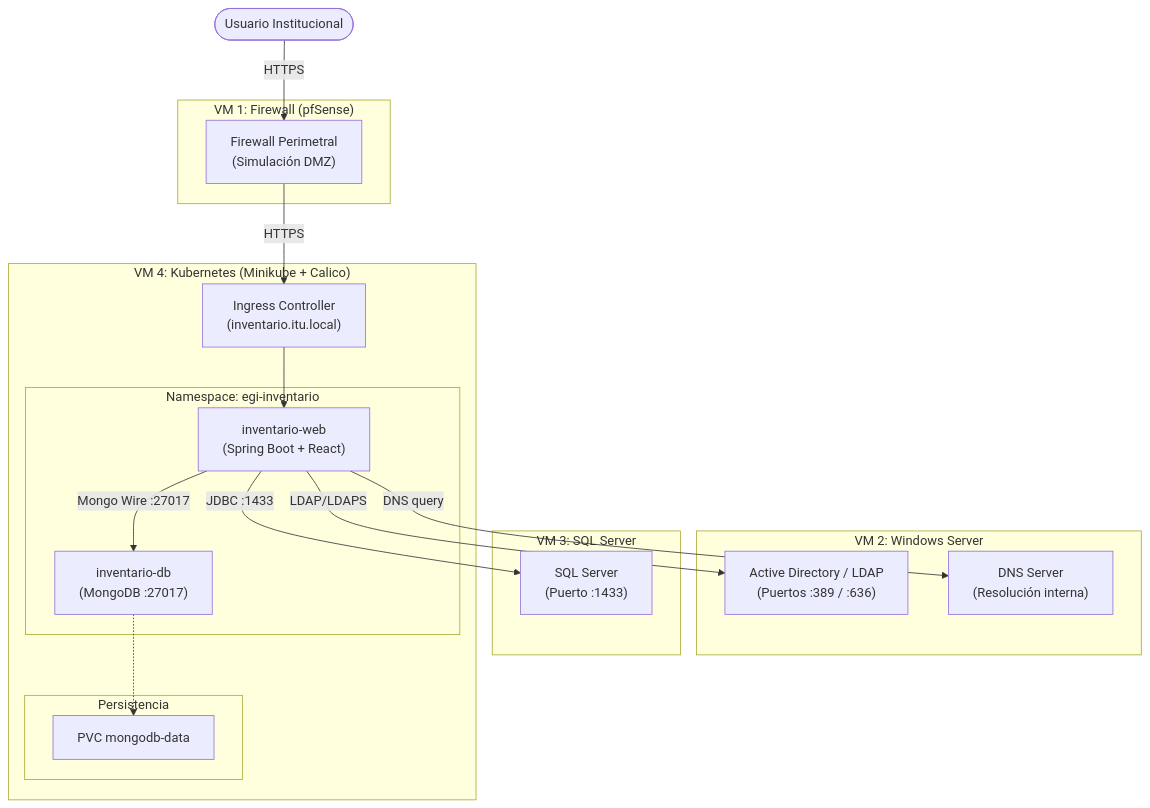
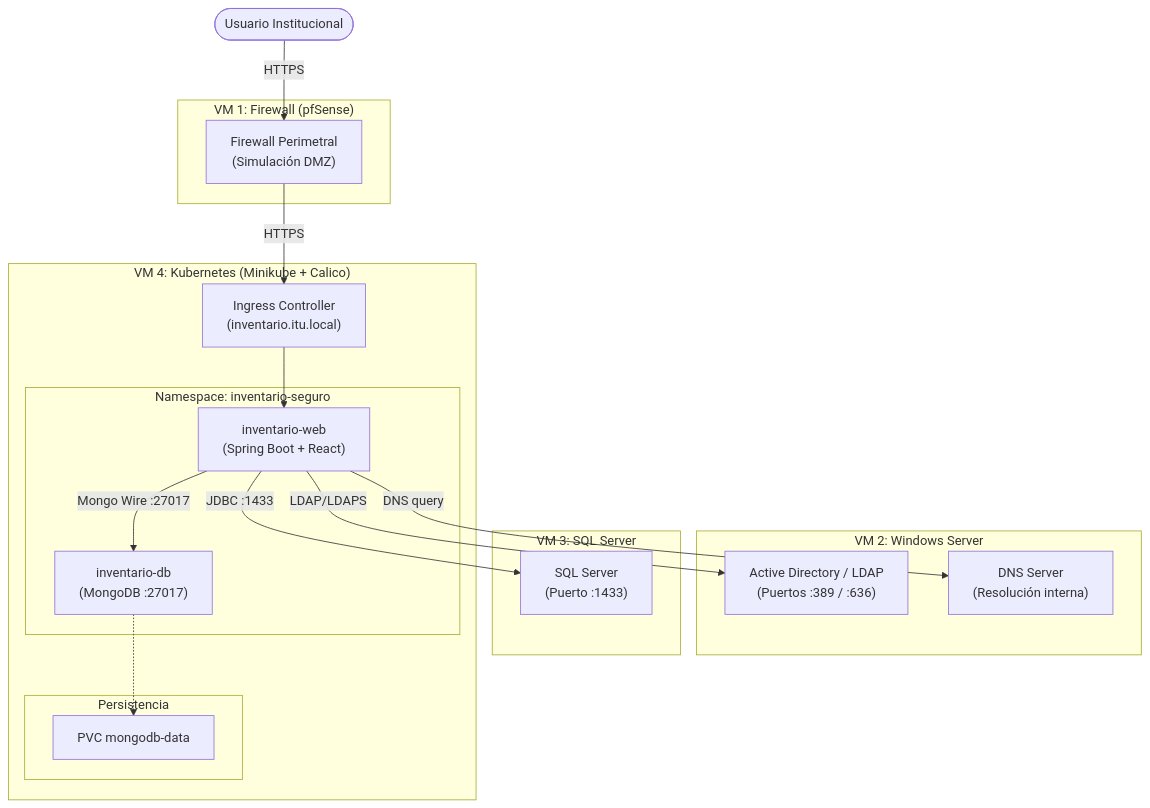
Before and after one commit to juanmahumeniuk/egi-inventario-seguro: the first of 6 diagrams in docs/Informe_EGI_Inventario.md, drawn with Mermaid. The commit also changed other lines of this file and 1 other file, not shown here.

Commit message:
docs: revertir namespace a inventario-seguro y agregar orden de despliegue k8s (informe + README)

````diff
--- a/docs/Informe_EGI_Inventario.md
+++ b/docs/Informe_EGI_Inventario.md
@@ -48,40 +48,40 @@
 ```mermaid
 graph TD
     U([Usuario Institucional])
 
     subgraph VM1["VM 1: Firewall (pfSense)"]
         FW["Firewall Perimetral\n(Simulación DMZ)"]
     end
 
     subgraph VM2["VM 2: Windows Server"]
         AD["Active Directory / LDAP\n(Puertos :389 / :636)"]
         DNS["DNS Server\n(Resolución interna)"]
     end
 
     subgraph VM3["VM 3: SQL Server"]
         SQL["SQL Server\n(Puerto :1433)"]
     end
 
     subgraph VM4["VM 4: Kubernetes (Minikube + Calico)"]
         IC["Ingress Controller\n(inventario.itu.local)"]
         
-        subgraph NS["Namespace: egi-inventario"]
+        subgraph NS["Namespace: inventario-seguro"]
             FE["inventario-web\n(Spring Boot + React)"]
             MONGO["inventario-db\n(MongoDB :27017)"]
         end
 
         subgraph PV["Persistencia"]
             PV2[PVC mongodb-data]
         end
     end
 
     U -- "HTTPS" --> FW
     FW -- "HTTPS" --> IC
     IC --> FE
 
     FE -- "LDAP/LDAPS" --> AD
     FE -- "DNS query" --> DNS
     FE -- "JDBC :1433" --> SQL
     FE -- "Mongo Wire :27017" --> MONGO
     MONGO -.-> PV2
 ```
````
